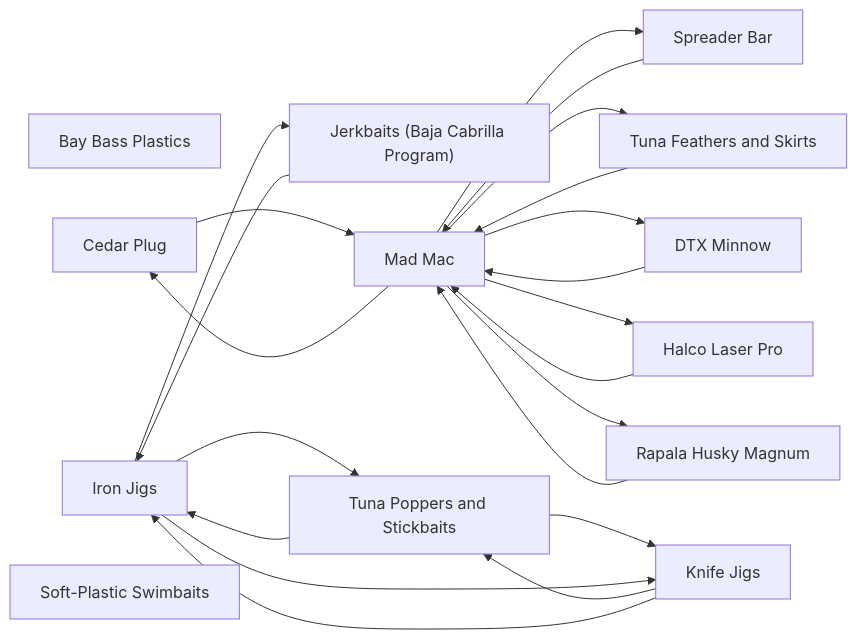
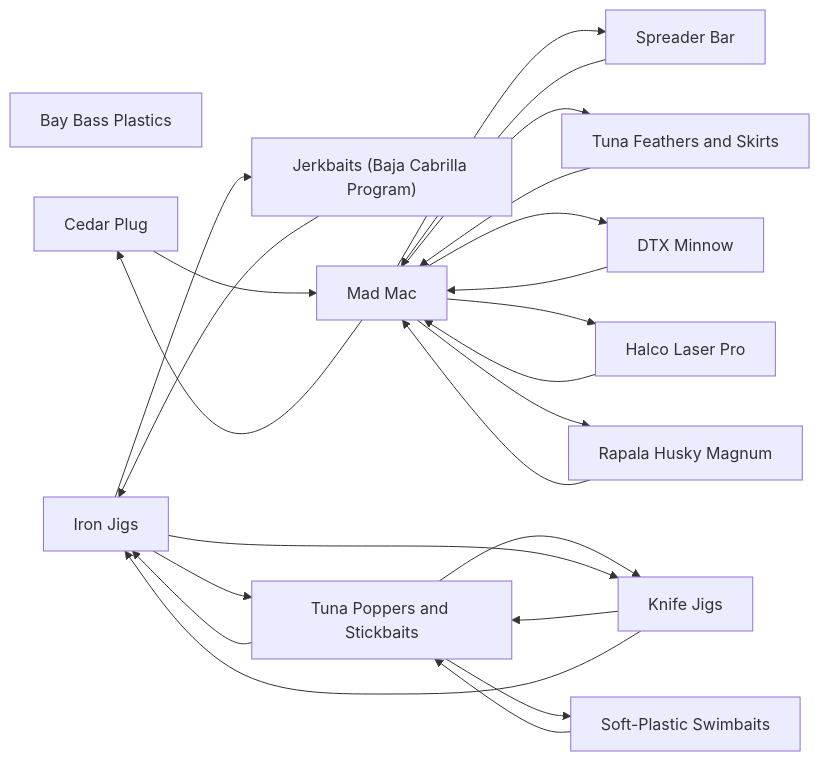
One commit to camchuckpete-max/Socal-Fishing-Knowledge changed the diagram in lures/README.md. Above: the diagram before and after it, drawn with Mermaid. The commit also changed 7 other files, not shown here.

````diff
--- a/lures/README.md
+++ b/lures/README.md
@@ -26,36 +26,38 @@
 ```mermaid
 graph LR
   n0["Bay Bass Plastics"]
   n1["Cedar Plug"]
   n2["DTX Minnow"]
   n3["Halco Laser Pro"]
   n4["Iron Jigs"]
   n5["Jerkbaits (Baja Cabrilla Program)"]
   n6["Knife Jigs"]
   n7["Mad Mac"]
   n8["Rapala Husky Magnum"]
   n9["Soft-Plastic Swimbaits"]
   n10["Spreader Bar"]
   n11["Tuna Feathers and Skirts"]
   n12["Tuna Poppers and Stickbaits"]
   n1 --> n7
   n10 --> n7
   n11 --> n7
   n12 --> n4
   n12 --> n6
+  n12 --> n9
   n2 --> n7
   n3 --> n7
   n4 --> n12
   n4 --> n5
   n4 --> n6
   n5 --> n4
   n6 --> n12
   n6 --> n4
   n7 --> n1
   n7 --> n10
   n7 --> n11
   n7 --> n2
   n7 --> n3
   n7 --> n8
   n8 --> n7
+  n9 --> n12
 ```
````
